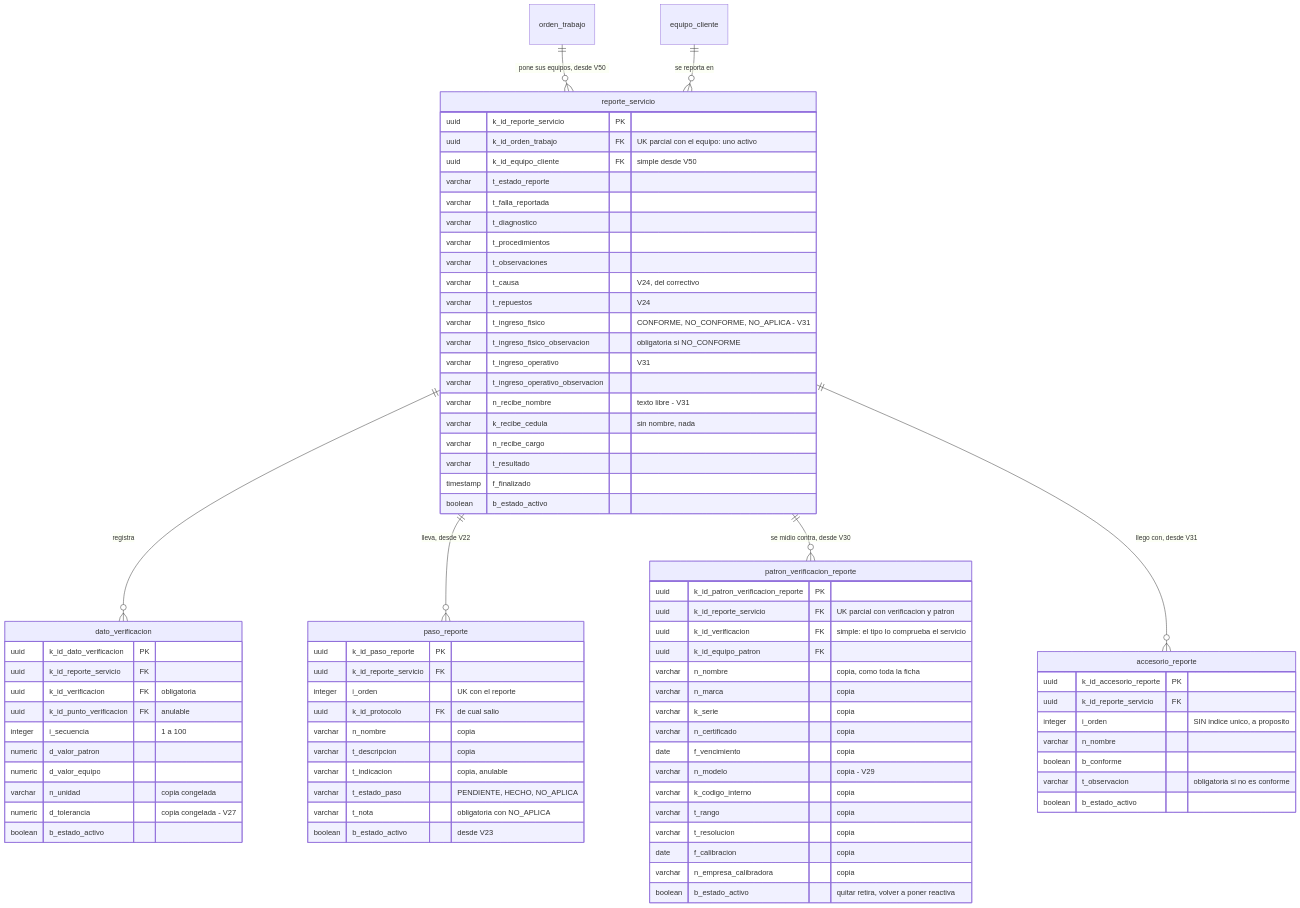
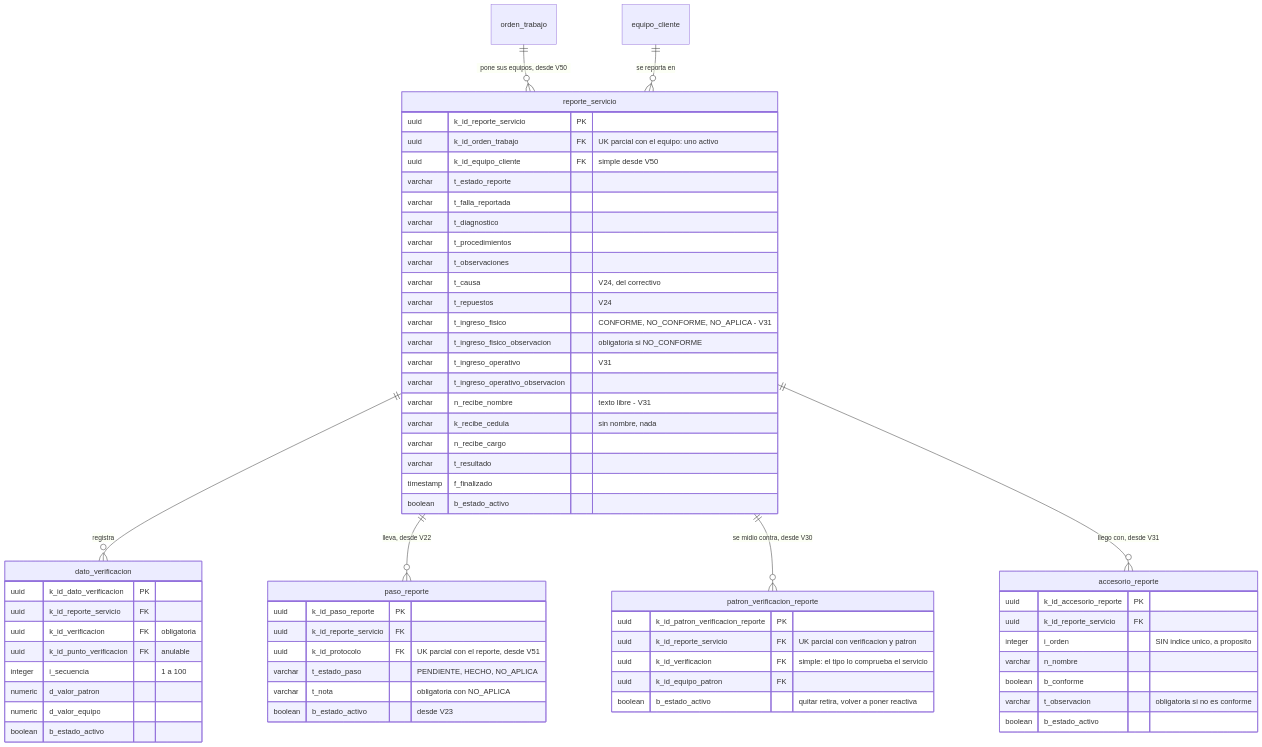
One commit to SeanBol222/MalphasOs changed diagram 12 of 12 in SecondBrain/wiki/base-de-datos/esquema-bd-malphasos.md. Above: the diagram before and after it, drawn with Mermaid. The commit also changed other lines of this file and 9 other files, not shown here.

````diff
--- a/SecondBrain/wiki/base-de-datos/esquema-bd-malphasos.md
+++ b/SecondBrain/wiki/base-de-datos/esquema-bd-malphasos.md
@@ -742,82 +749,65 @@
 ```mermaid
 erDiagram
     orden_trabajo ||--o{ reporte_servicio : "pone sus equipos, desde V50"
     equipo_cliente ||--o{ reporte_servicio : "se reporta en"
     reporte_servicio ||--o{ dato_verificacion : "registra"
     reporte_servicio ||--o{ paso_reporte : "lleva, desde V22"
     reporte_servicio ||--o{ patron_verificacion_reporte : "se midio contra, desde V30"
     reporte_servicio ||--o{ accesorio_reporte : "llego con, desde V31"
     patron_verificacion_reporte {
         uuid k_id_patron_verificacion_reporte PK
         uuid k_id_reporte_servicio FK "UK parcial con verificacion y patron"
         uuid k_id_verificacion FK "simple: el tipo lo comprueba el servicio"
         uuid k_id_equipo_patron FK
-        varchar n_nombre "copia, como toda la ficha"
-        varchar n_marca "copia"
-        varchar k_serie "copia"
-        varchar n_certificado "copia"
-        date f_vencimiento "copia"
-        varchar n_modelo "copia - V29"
-        varchar k_codigo_interno "copia"
-        varchar t_rango "copia"
-        varchar t_resolucion "copia"
-        date f_calibracion "copia"
-        varchar n_empresa_calibradora "copia"
         boolean b_estado_activo "quitar retira, volver a poner reactiva"
     }
     accesorio_reporte {
         uuid k_id_accesorio_reporte PK
         uuid k_id_reporte_servicio FK
         integer i_orden "SIN indice unico, a proposito"
         varchar n_nombre
         boolean b_conforme
         varchar t_observacion "obligatoria si no es conforme"
         boolean b_estado_activo
     }
     paso_reporte {
         uuid k_id_paso_reporte PK
         uuid k_id_reporte_servicio FK
-        integer i_orden "UK con el reporte"
-        uuid k_id_protocolo FK "de cual salio"
-        varchar n_nombre "copia"
-        varchar t_descripcion "copia"
-        varchar t_indicacion "copia, anulable"
+        uuid k_id_protocolo FK "UK parcial con el reporte, desde V51"
         varchar t_estado_paso "PENDIENTE, HECHO, NO_APLICA"
         varchar t_nota "obligatoria con NO_APLICA"
         boolean b_estado_activo "desde V23"
     }
     reporte_servicio {
         uuid k_id_reporte_servicio PK
         uuid k_id_orden_trabajo FK "UK parcial con el equipo: uno activo"
         uuid k_id_equipo_cliente FK "simple desde V50"
         varchar t_estado_reporte
         varchar t_falla_reportada
         varchar t_diagnostico
         varchar t_procedimientos
         varchar t_observaciones
         varchar t_causa "V24, del correctivo"
         varchar t_repuestos "V24"
         varchar t_ingreso_fisico "CONFORME, NO_CONFORME, NO_APLICA - V31"
         varchar t_ingreso_fisico_observacion "obligatoria si NO_CONFORME"
         varchar t_ingreso_operativo "V31"
         varchar t_ingreso_operativo_observacion
         varchar n_recibe_nombre "texto libre - V31"
         varchar k_recibe_cedula "sin nombre, nada"
         varchar n_recibe_cargo
         varchar t_resultado
         timestamp f_finalizado
         boolean b_estado_activo
     }
     dato_verificacion {
         uuid k_id_dato_verificacion PK
         uuid k_id_reporte_servicio FK
         uuid k_id_verificacion FK "obligatoria"
         uuid k_id_punto_verificacion FK "anulable"
         integer i_secuencia "1 a 100"
         numeric d_valor_patron
         numeric d_valor_equipo
-        varchar n_unidad "copia congelada"
-        numeric d_tolerancia "copia congelada - V27"
         boolean b_estado_activo
     }
 ```
````
